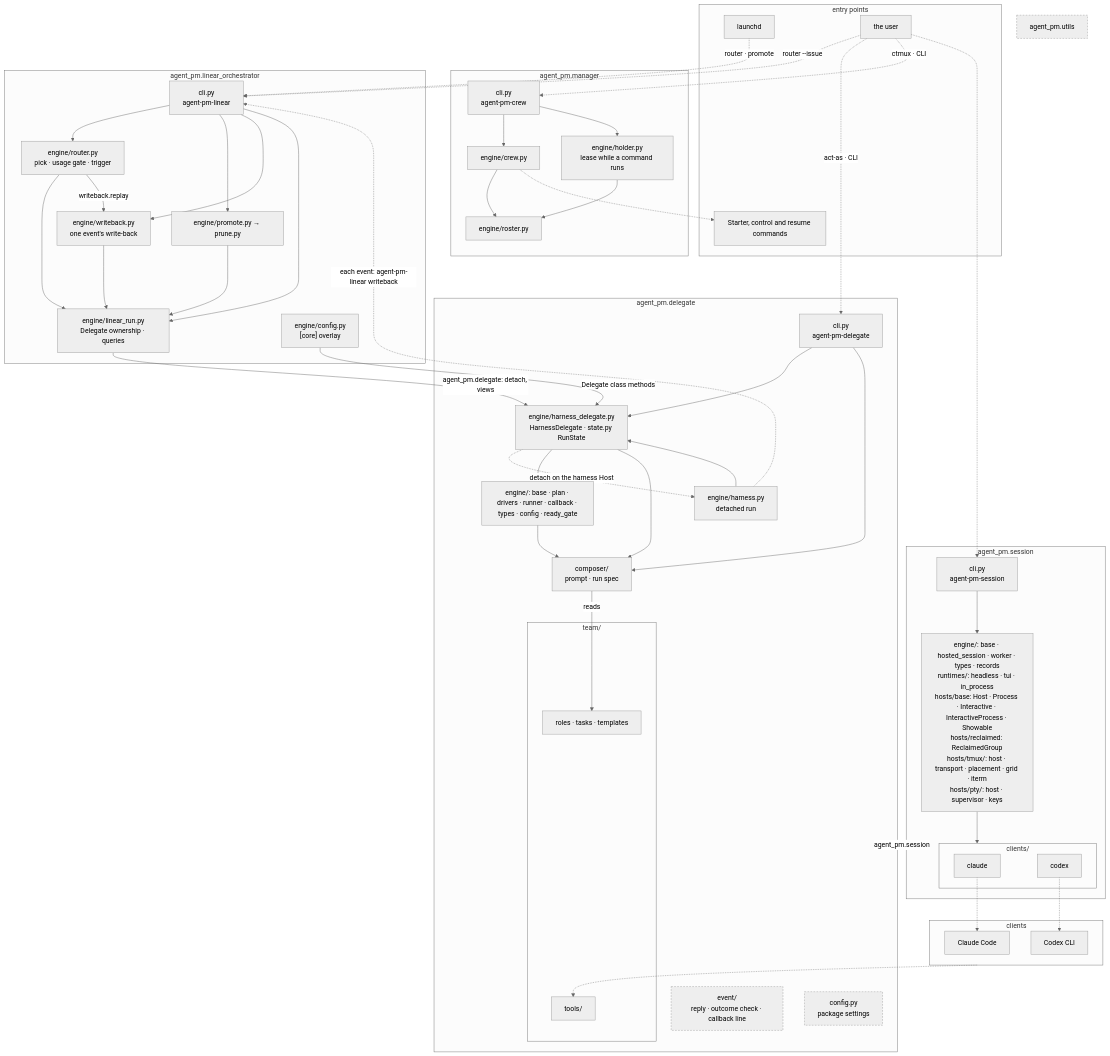
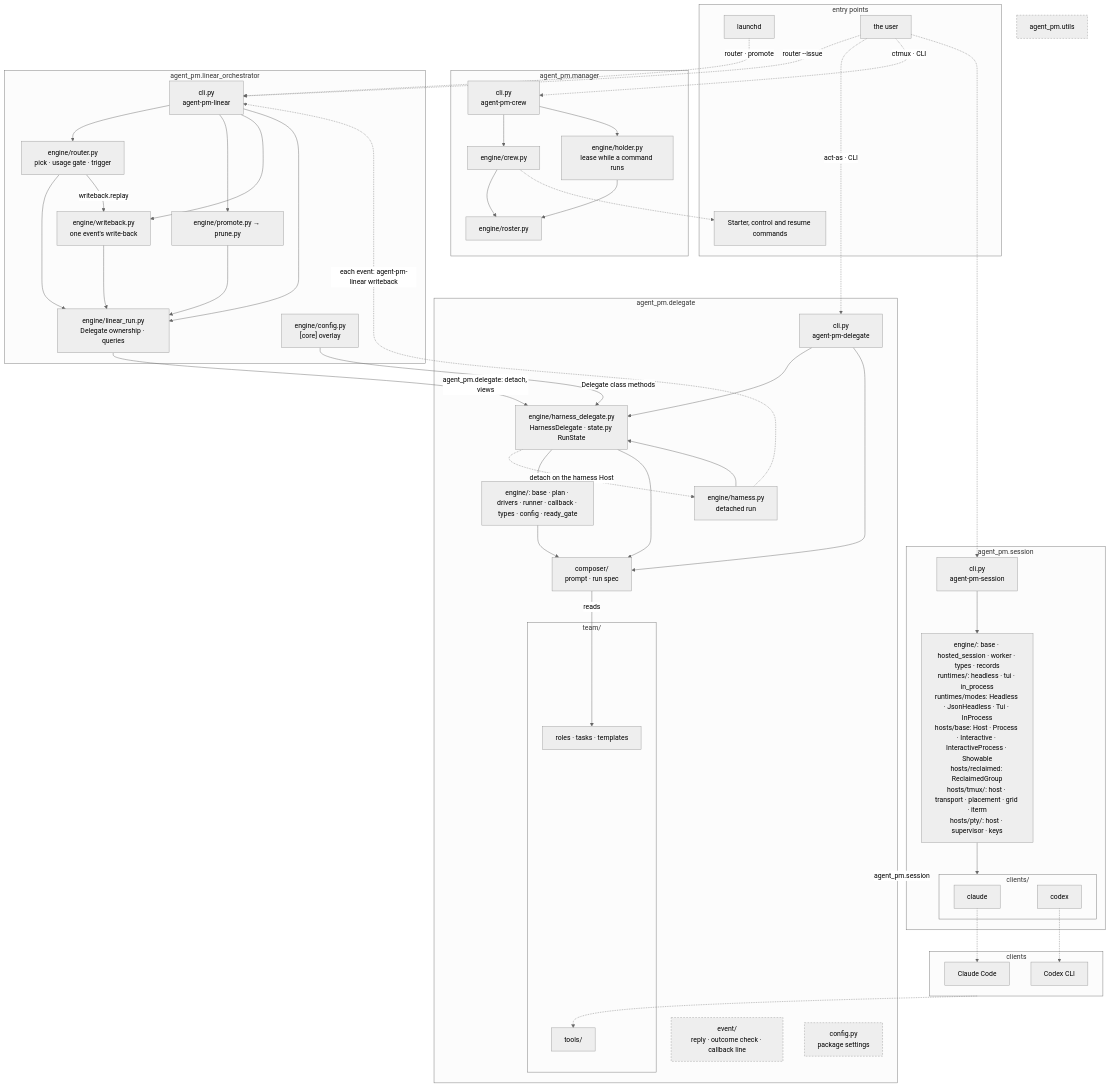
The diagram in docs/architecture.md (ophis/agent-pm), drawn with Mermaid (neutral theme) before and after one commit. The commit also changed 28 other files, not shown here.

First line of the commit message:
TASK-608: move mode contracts from clients/base.py to runtimes/modes

````diff
--- a/docs/architecture.md
+++ b/docs/architecture.md
@@ -5,72 +5,72 @@
 ```mermaid
 flowchart TB
   subgraph EN[entry points]
     LD[launchd]
     HU[the user]
     CC[Starter, control and resume commands]
   end
   subgraph MG[agent_pm.manager]
     MC["cli.py<br>agent-pm-crew"] --> W["engine/crew.py"] --> RS["engine/roster.py"]
     MC --> HO["engine/holder.py<br>lease while a command runs"] --> RS
   end
   subgraph LO[agent_pm.linear_orchestrator]
     LCLI["cli.py<br>agent-pm-linear"]
     R["engine/router.py<br>pick · usage gate · trigger"]
     LR["engine/linear_run.py<br>Delegate ownership · queries"]
     WB["engine/writeback.py<br>one event's write-back"]
     PP["engine/promote.py → prune.py"]
     LC["engine/config.py<br>[core] overlay"]
   end
   subgraph DL[agent_pm.delegate]
     D["cli.py<br>agent-pm-delegate"]
     HD["engine/harness_delegate.py<br>HarnessDelegate · state.py RunState"]
     H["engine/harness.py<br>detached run"]
     E["engine/: base · plan · drivers · runner · callback · types · config · ready_gate"]
     C["composer/<br>prompt · run spec"]
     EV["event/<br>reply · outcome check · callback line"]
     CF["config.py<br>package settings"]
     subgraph TM[team/]
       T["roles · tasks · templates"]
       AT[tools/]
     end
   end
   subgraph SE[agent_pm.session]
     SC["cli.py<br>agent-pm-session"]
-    DR["engine/: base · hosted_session · worker · types · records<br>runtimes/: headless · tui · in_process<br>hosts/base: Host · Process · Interactive · InteractiveProcess · Showable<br>hosts/reclaimed: ReclaimedGroup<br>hosts/tmux/: host · transport · placement · grid · iterm<br>hosts/pty/: host · supervisor · keys"]
+    DR["engine/: base · hosted_session · worker · types · records<br>runtimes/: headless · tui · in_process<br>runtimes/modes: Headless · JsonHeadless · Tui · InProcess<br>hosts/base: Host · Process · Interactive · InteractiveProcess · Showable<br>hosts/reclaimed: ReclaimedGroup<br>hosts/tmux/: host · transport · placement · grid · iterm<br>hosts/pty/: host · supervisor · keys"]
     subgraph AD[clients/]
       CL[claude]
       CX[codex]
     end
   end
   U[agent_pm.utils]
   subgraph RT[clients]
     P1[Claude Code]
     P2[Codex CLI]
   end
   LD -.->|"router · promote"| LCLI
   HU -.->|"router --issue"| LCLI
   HU -.->|"act-as · CLI"| D
   HU -.->|"ctmux · CLI"| MC
   HU -.-> SC
   SC --> DR
   LCLI --> R & PP & WB & LR
   R & PP & WB --> LR
   R -->|"writeback.replay"| WB
   LR -->|"agent_pm.delegate: detach, views"| HD
   H -.->|"each event: agent-pm-linear writeback"| LCLI
   LC -->|"Delegate class methods"| HD
   W -.-> CC
   D & H --> HD
   D --> C
   HD -.->|"detach on the harness Host"| H
   HD --> E & C
   E --> C
   DL -->|agent_pm.session| SE
   C -->|reads| T
   DR --> AD
   CL -.-> P1
   CX -.-> P2
   RT -.-> AT
   classDef shared stroke-dasharray: 4 3
   class EV,U,CF shared
 ```
````
